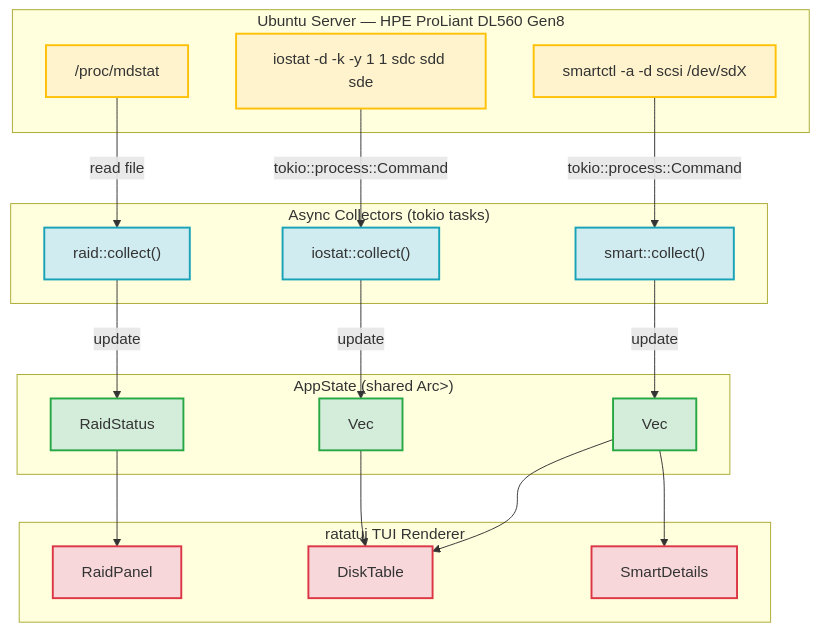
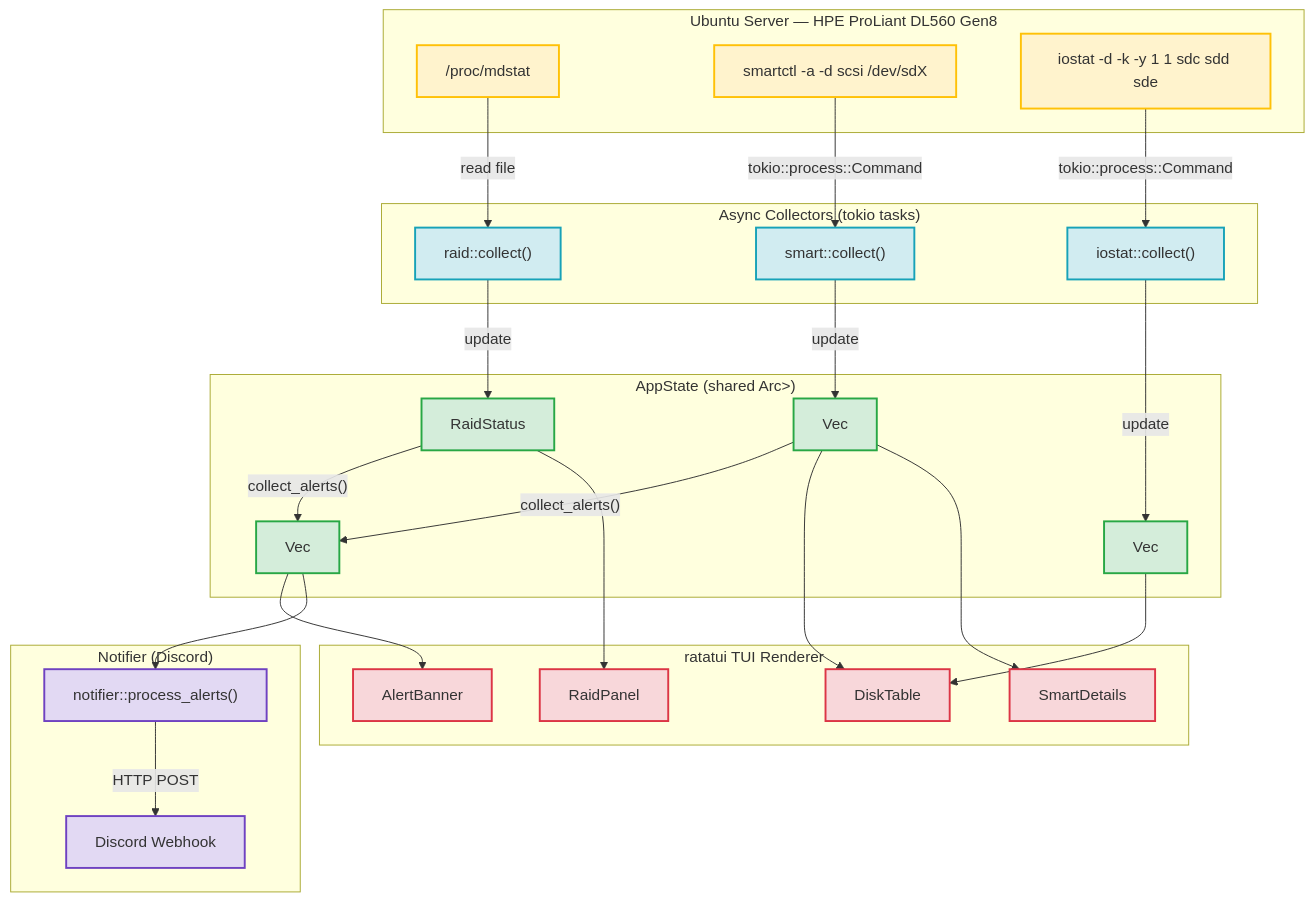
One commit to Gongpai/vault-watch changed the first of 2 diagrams in docs/software/00-architecture.md. Above: the diagram before and after it, drawn with Mermaid. The commit also changed other lines of this file and 18 other files, not shown here.

Commit message:
feat: implement Sprint 03 — SMART alerts, temp WARN, Discord webhook

````diff
--- a/docs/software/00-architecture.md
+++ b/docs/software/00-architecture.md
@@ -13,49 +13,63 @@
 ```mermaid
 graph TD
     subgraph System ["Ubuntu Server — HPE ProLiant DL560 Gen8"]
         mdstat["/proc/mdstat"]
         smartctl["smartctl -a -d scsi /dev/sdX"]
         iostat["iostat -d -k -y 1 1 sdc sdd sde"]
     end
 
     subgraph Collectors ["Async Collectors (tokio tasks)"]
         RC["raid::collect()"]
         SC["smart::collect()"]
         IC["iostat::collect()"]
     end
 
     subgraph AppState ["AppState (shared Arc<Mutex<>>)"]
         RS["RaidStatus"]
         DI["Vec<DiskInfo>"]
         IT["Vec<IoStats>"]
+        AL["Vec<Alert>"]
     end
 
     subgraph UI ["ratatui TUI Renderer"]
         RP["RaidPanel"]
         DT["DiskTable"]
         SD["SmartDetails"]
+        AB["AlertBanner"]
+    end
+
+    subgraph Notifier ["Notifier (Discord)"]
+        NT["notifier::process_alerts()"]
+        WH["Discord Webhook"]
     end
 
     mdstat -->|"read file"| RC
     smartctl -->|"tokio::process::Command"| SC
     iostat -->|"tokio::process::Command"| IC
 
     RC -->|"update"| RS
     SC -->|"update"| DI
     IC -->|"update"| IT
+    DI -->|"collect_alerts()"| AL
+    RS -->|"collect_alerts()"| AL
 
     RS --> RP
     DI --> DT
     DI --> SD
     IT --> DT
+    AL --> AB
+    AL --> NT
+    NT -->|"HTTP POST"| WH
 
     classDef system fill:#fff3cd,stroke:#ffc107,stroke-width:2px;
     classDef collector fill:#d1ecf1,stroke:#17a2b8,stroke-width:2px;
     classDef state fill:#d4edda,stroke:#28a745,stroke-width:2px;
     classDef ui fill:#f8d7da,stroke:#dc3545,stroke-width:2px;
+    classDef notifier fill:#e2d9f3,stroke:#6f42c1,stroke-width:2px;
 
     class mdstat,smartctl,iostat system;
     class RC,SC,IC collector;
-    class RS,DI,IT state;
-    class RP,DT,SD ui;
+    class RS,DI,IT,AL state;
+    class RP,DT,SD,AB ui;
+    class NT,WH notifier;
 ```
````
